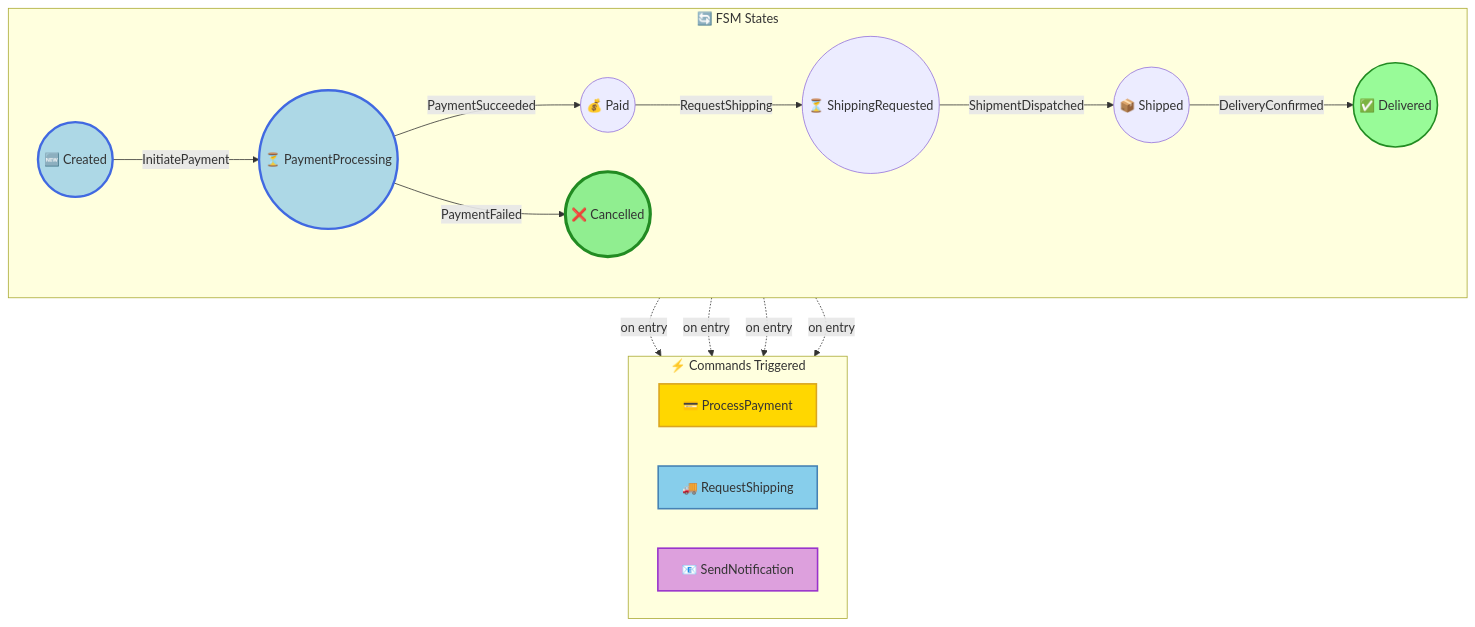
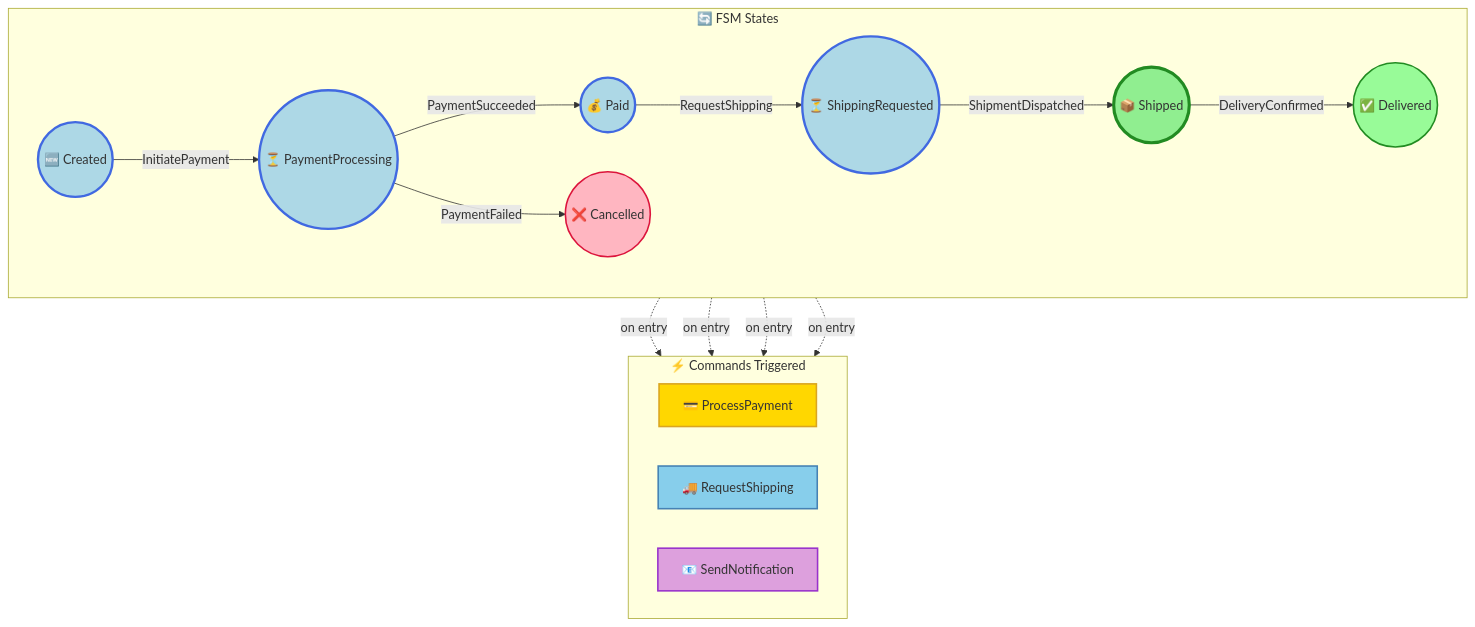
Before and after one commit to Iterable/mechanoid: the third of 3 diagrams in docs/visualizations/order-2-trace.md, drawn with Mermaid. The commit also changed other lines of this file and 6 other files, not shown here.

````diff
--- a/docs/visualizations/order-2-trace.md
+++ b/docs/visualizations/order-2-trace.md
@@ -44,42 +77,44 @@
 ```mermaid
 flowchart TB
     subgraph FSM["🔄 FSM States"]
         direction LR
         Created(("🆕 Created"))
         PaymentProcessing(("⏳ PaymentProcessing"))
         Paid(("💰 Paid"))
         ShippingRequested(("⏳ ShippingRequested"))
         Shipped(("📦 Shipped"))
         Delivered(("✅ Delivered"))
         Cancelled(("❌ Cancelled"))
         Created -->|InitiatePayment| PaymentProcessing
         PaymentProcessing -->|PaymentSucceeded| Paid
         PaymentProcessing -->|PaymentFailed| Cancelled
         Paid -->|RequestShipping| ShippingRequested
         ShippingRequested -->|ShipmentDispatched| Shipped
         Shipped -->|DeliveryConfirmed| Delivered
     end
 
     subgraph Commands["⚡ Commands Triggered"]
         direction LR
         ProcessPayment["💳 ProcessPayment"]
         RequestShipping["🚚 RequestShipping"]
         SendNotification["📧 SendNotification"]
     end
 
     PaymentProcessing -.->|on entry| ProcessPayment
     Paid -.->|on entry| RequestShipping
     Paid -.->|on entry| SendNotification
     Shipped -.->|on entry| SendNotification
 
     style Delivered fill:#98FB98,stroke:#228B22,stroke-width:2px
     style Cancelled fill:#FFB6C1,stroke:#DC143C,stroke-width:2px
     style ProcessPayment fill:#FFD700,stroke:#DAA520,stroke-width:2px
     style RequestShipping fill:#87CEEB,stroke:#4682B4,stroke-width:2px
     style SendNotification fill:#DDA0DD,stroke:#9932CC,stroke-width:2px
 
     style Created fill:#ADD8E6,stroke:#4169E1,stroke-width:3px
+    style ShippingRequested fill:#ADD8E6,stroke:#4169E1,stroke-width:3px
     style PaymentProcessing fill:#ADD8E6,stroke:#4169E1,stroke-width:3px
-    style Cancelled fill:#ADD8E6,stroke:#4169E1,stroke-width:3px
-    style Cancelled fill:#90EE90,stroke:#228B22,stroke-width:4px
+    style Shipped fill:#ADD8E6,stroke:#4169E1,stroke-width:3px
+    style Paid fill:#ADD8E6,stroke:#4169E1,stroke-width:3px
+    style Shipped fill:#90EE90,stroke:#228B22,stroke-width:4px
 ```
````
